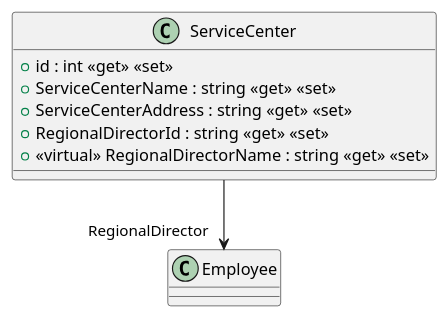
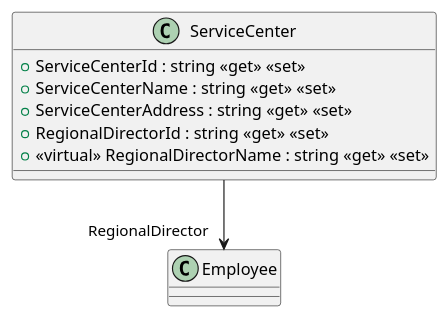
One commit to timothxy/ICT2106_P3_Project changed the diagram in YouthActionDotNet/UML/Models/ServiceCenter.puml. Above: the diagram before and after it, drawn with PlantUML. The commit also changed 11 other files, not shown here.

```diff
--- a/YouthActionDotNet/UML/Models/ServiceCenter.puml
+++ b/YouthActionDotNet/UML/Models/ServiceCenter.puml
@@ -1,10 +1,10 @@
 @startuml
 class ServiceCenter {
-    + id : int <<get>> <<set>>
+    + ServiceCenterId : string <<get>> <<set>>
     + ServiceCenterName : string <<get>> <<set>>
     + ServiceCenterAddress : string <<get>> <<set>>
     + RegionalDirectorId : string <<get>> <<set>>
     + <<virtual>> RegionalDirectorName : string <<get>> <<set>>
 }
 ServiceCenter --> "RegionalDirector" Employee
 @enduml
```
